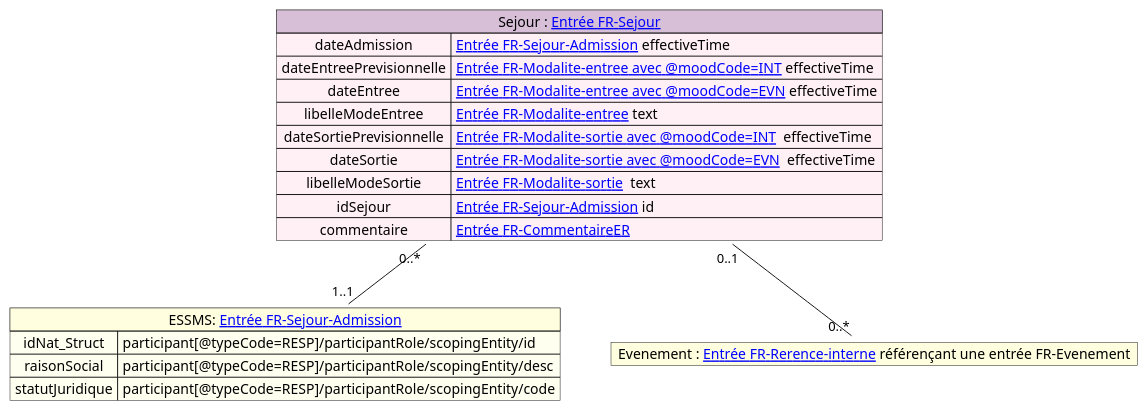
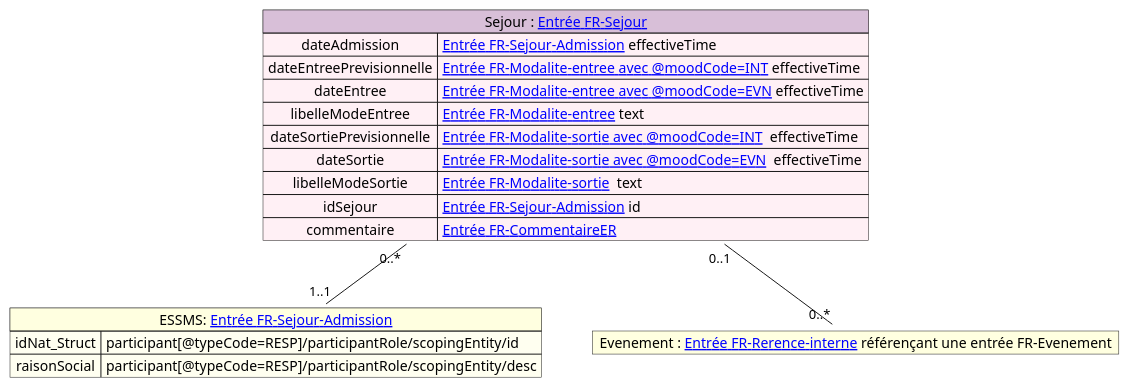
One commit to ansforge/IG-fhir-transfert-donnees-dui-esms changed the diagram in input/images-source/mapping_sejour.plantuml. Above: the diagram before and after it, drawn with PlantUML. The commit also changed 4 other files, not shown here.

Commit message:
Mapping_SuppressionStatutJuridique_SuppressionAssuranceMaladie_AjoutProfessionRole

```diff
--- a/input/images-source/mapping_sejour.plantuml
+++ b/input/images-source/mapping_sejour.plantuml
@@ -1,30 +1,29 @@
 @startuml
 
 
 map "Sejour : [[contenu_dossier_corps_cda.html#entrée-fr-sejour Entrée FR-Sejour]]" as Sejour #back:LavenderBlush;header:Thistle{
     dateAdmission => [[contenu_dossier_corps_cda.html#entrée-fr-sejour-admission Entrée FR-Sejour-Admission]] effectiveTime
     dateEntreePrevisionnelle => [[contenu_dossier_corps_cda.html#entrée-fr-modalite-entree Entrée FR-Modalite-entree avec @moodCode=INT]] effectiveTime
     dateEntree => [[contenu_dossier_corps_cda.html#entrée-fr-modalite-entree Entrée FR-Modalite-entree avec @moodCode=EVN]] effectiveTime
     libelleModeEntree => [[contenu_dossier_corps_cda.html#entrée-fr-modalite-entree Entrée FR-Modalite-entree]] text
     dateSortiePrevisionnelle => [[contenu_dossier_corps_cda.html#entrée-fr-modalite-sortie Entrée FR-Modalite-sortie avec @moodCode=INT]]  effectiveTime
     dateSortie => [[contenu_dossier_corps_cda.html#entrée-fr-modalite-sortie Entrée FR-Modalite-sortie avec @moodCode=EVN]]  effectiveTime
     libelleModeSortie => [[contenu_dossier_corps_cda.html#entrée-fr-modalite-sortie Entrée FR-Modalite-sortie]]  text
     idSejour => [[contenu_dossier_corps_cda.html#entrée-fr-sejour-admission Entrée FR-Sejour-Admission]] id
     commentaire => [[contenu_dossier_corps_cda.html#entrée-fr-commentaire-er Entrée FR-CommentaireER]]
 }
 
 
 map "ESSMS: [[contenu_dossier_corps_cda.html#entrée-fr-sejour-admission Entrée FR-Sejour-Admission]]" as ESSMS #back:Ivory;header:LightYellow {
     idNat_Struct => participant[@typeCode=RESP]/participantRole/scopingEntity/id
     raisonSocial => participant[@typeCode=RESP]/participantRole/scopingEntity/desc
-    statutJuridique => participant[@typeCode=RESP]/participantRole/scopingEntity/code
 }
 
 map "Evenement : [[contenu_dossier_corps_cda.html#entrée-fr-reference-interne Entrée FR-Rerence-interne]] référençant une entrée FR-Evenement" as Evenement #back:LightYellow;header:LightYellow{
 }
 
 Sejour "0..*" -- "1..1" ESSMS
 Sejour "0..1"--"0..*" Evenement
 
 
 @enduml
```
